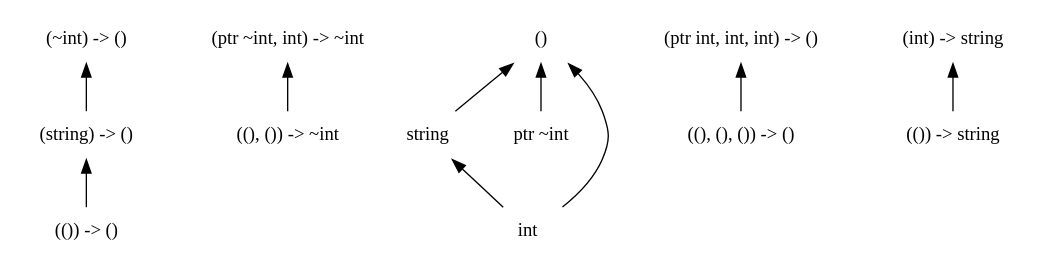
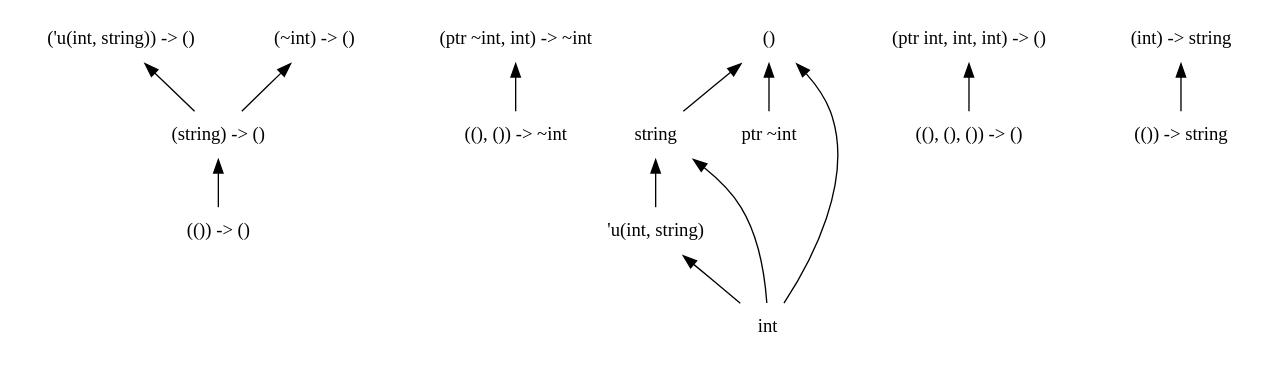
The diagram in dots/26.dot (chocobo333/regino), drawn with Graphviz before and after one commit. The commit also changed 29 other files, not shown here.

```diff
--- a/dots/26.dot
+++ b/dots/26.dot
@@ -1,33 +1,38 @@
 digraph order {
   graph [
     size = "30,10"
     ];
   node [
     shape = none
     ];
   edge [
     dir = back
     ];
   "(string) -> ()"
   "(()) -> ()"
   "(ptr ~int, int) -> ~int"
   "string"
+  "'u(int, string)"
   "(ptr int, int, int) -> ()"
   "((), ()) -> ~int"
   "()"
   "ptr ~int"
   "((), (), ()) -> ()"
   "(()) -> string"
+  "('u(int, string)) -> ()"
   "(~int) -> ()"
   "(int) -> string"
   "int"
   "(string) -> ()" -> "(()) -> ()"
   "(ptr ~int, int) -> ~int" -> "((), ()) -> ~int"
+  "string" -> "'u(int, string)"
   "string" -> "int"
+  "('u(int, string)) -> ()" -> "(string) -> ()"
   "(~int) -> ()" -> "(string) -> ()"
   "(int) -> string" -> "(()) -> string"
+  "'u(int, string)" -> "int"
   "(ptr int, int, int) -> ()" -> "((), (), ()) -> ()"
   "()" -> "string"
   "()" -> "int"
   "()" -> "ptr ~int"
 }
```
